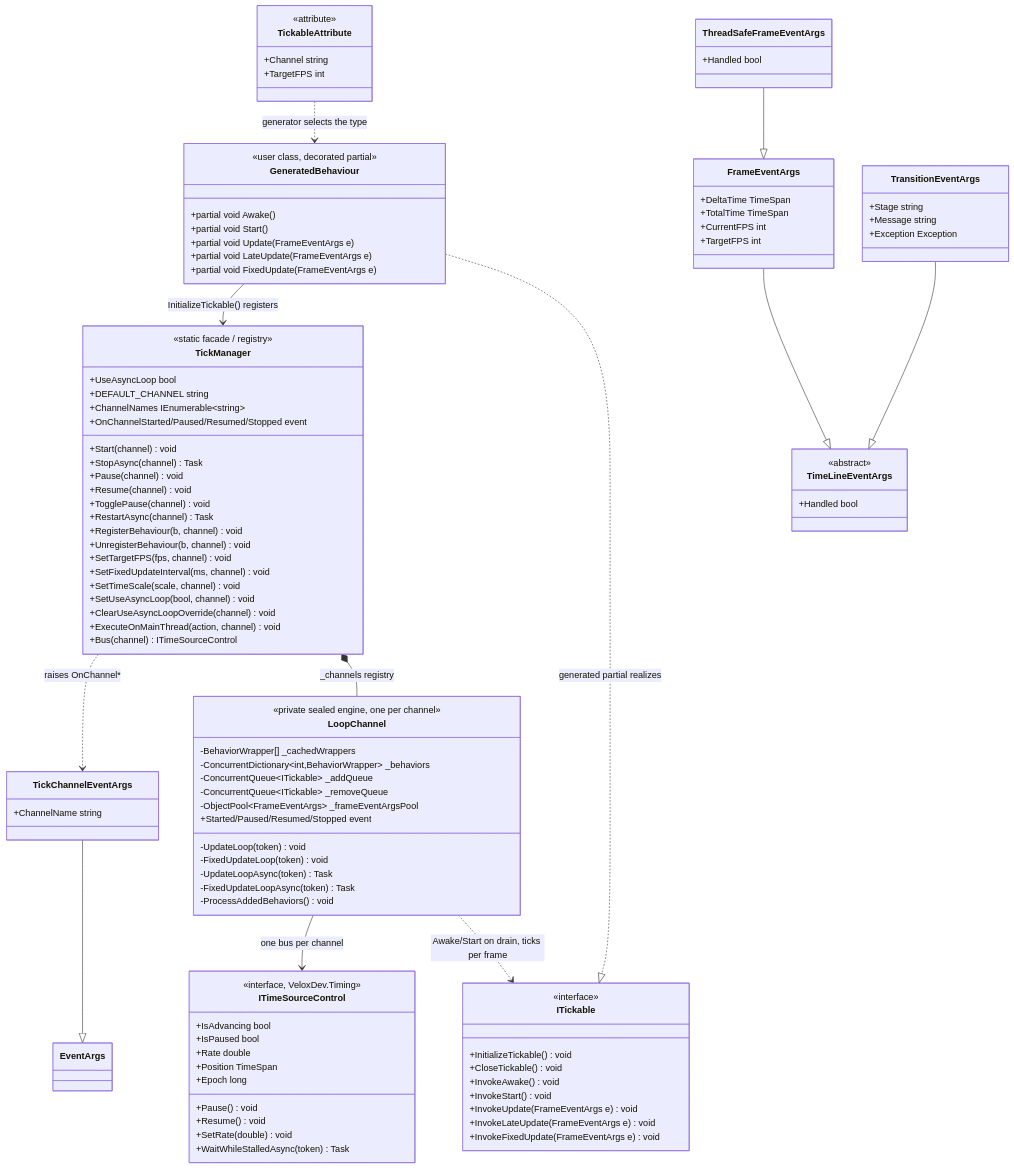
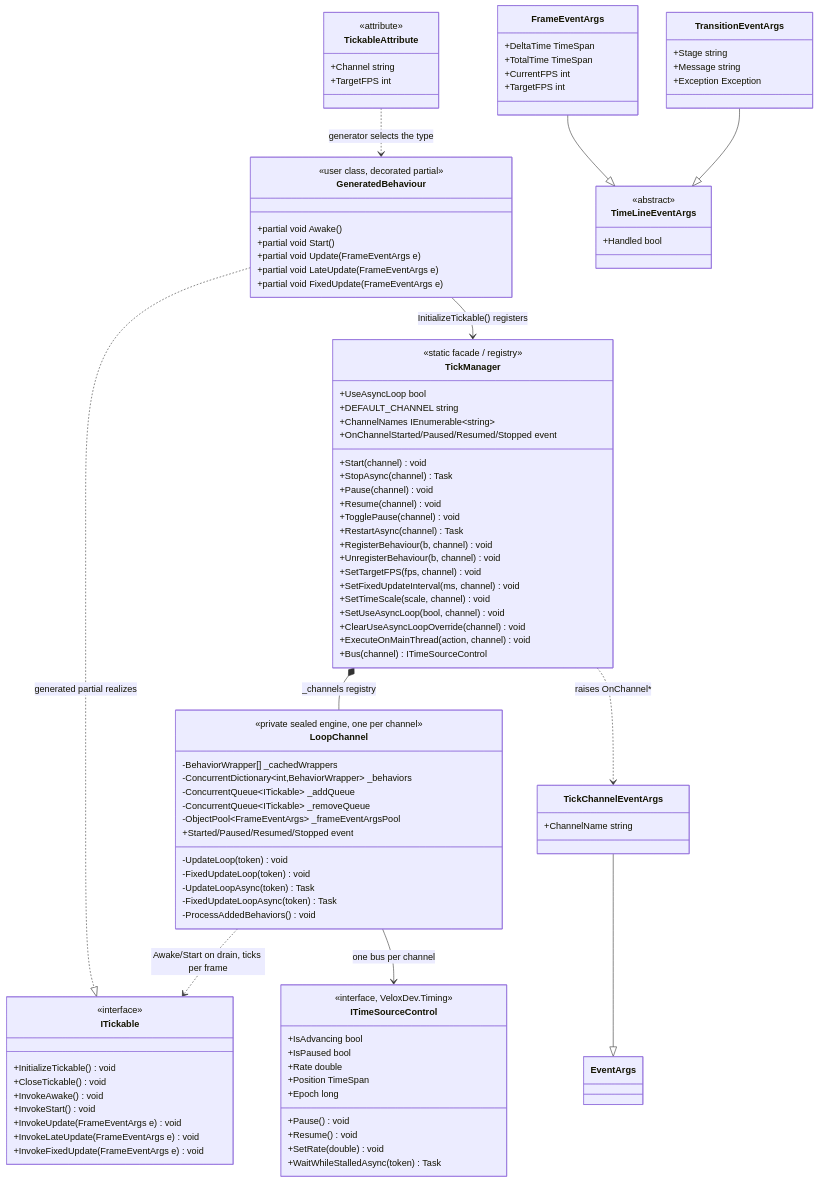
One commit to Axvser/VeloxDev.Docs changed the diagram in src/CloudGlyph/Assets/Docs/content/en/3_SE_Analysis/02_design-patterns/06_tickable/index.md. Above: the diagram before and after it, drawn with Mermaid. The commit also changed 18 other files, not shown here.

````diff
--- a/src/CloudGlyph/Assets/Docs/content/en/3_SE_Analysis/02_design-patterns/06_tickable/index.md
+++ b/src/CloudGlyph/Assets/Docs/content/en/3_SE_Analysis/02_design-patterns/06_tickable/index.md
@@ -87,9 +87,6 @@
         +CurrentFPS int
         +TargetFPS int
     }
-    class ThreadSafeFrameEventArgs {
-        +Handled bool
-    }
     class TransitionEventArgs {
         +Stage string
         +Message string
@@ -107,7 +104,6 @@
     LoopChannel --> ITimeSourceControl : one bus per channel
     TickManager ..> TickChannelEventArgs : raises OnChannel*
     FrameEventArgs --|> TimeLineEventArgs
-    ThreadSafeFrameEventArgs --|> FrameEventArgs
     TransitionEventArgs --|> TimeLineEventArgs
     TickChannelEventArgs --|> EventArgs
 ```
````
